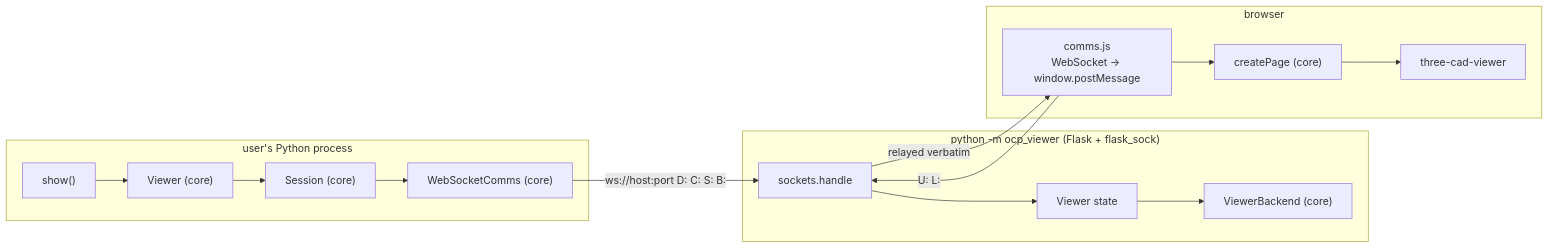
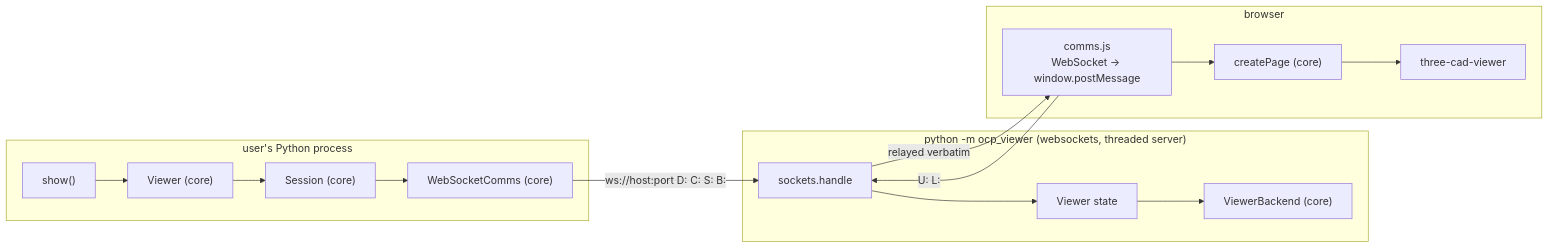
Before and after one commit to bernhard-42/ocp-viewer-core: the second of 3 diagrams in Design.md, drawn with Mermaid. The commit also changed other lines of this file and 1 other file, not shown here.

First line of the commit message:
Design.md: the standalone's server is websockets', and JavaScript 1.0.3 has its date

````diff
--- a/Design.md
+++ b/Design.md
@@ -545,16 +545,16 @@
 ```mermaid
 flowchart LR
   subgraph py["user's Python process"]
     S["show()"] --> V["Viewer (core)"] --> SE["Session (core)"] --> C["WebSocketComms (core)"]
   end
-  subgraph srv["python -m ocp_viewer (Flask + flask_sock)"]
+  subgraph srv["python -m ocp_viewer (websockets, threaded server)"]
     H["sockets.handle"] --> VW["Viewer state"]
     VW --> B["ViewerBackend (core)"]
   end
   subgraph br["browser"]
     CJ["comms.js<br/>WebSocket → window.postMessage"] --> P["createPage (core)"] --> TCV["three-cad-viewer"]
   end
   C -- "ws://host:port  D: C: S: B:" --> H
   H -- "relayed verbatim" --> CJ
   CJ -- "U:  L:" --> H
 ```
````
